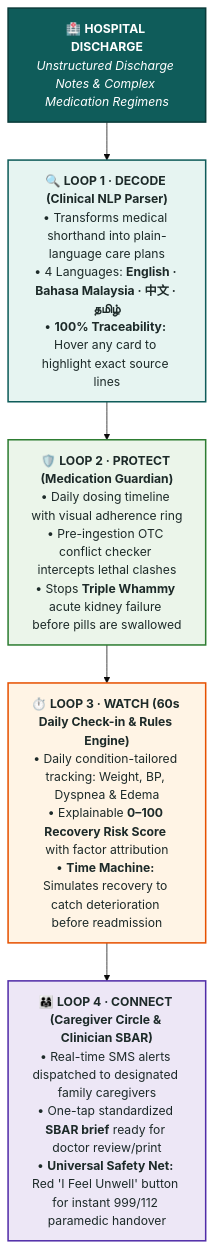
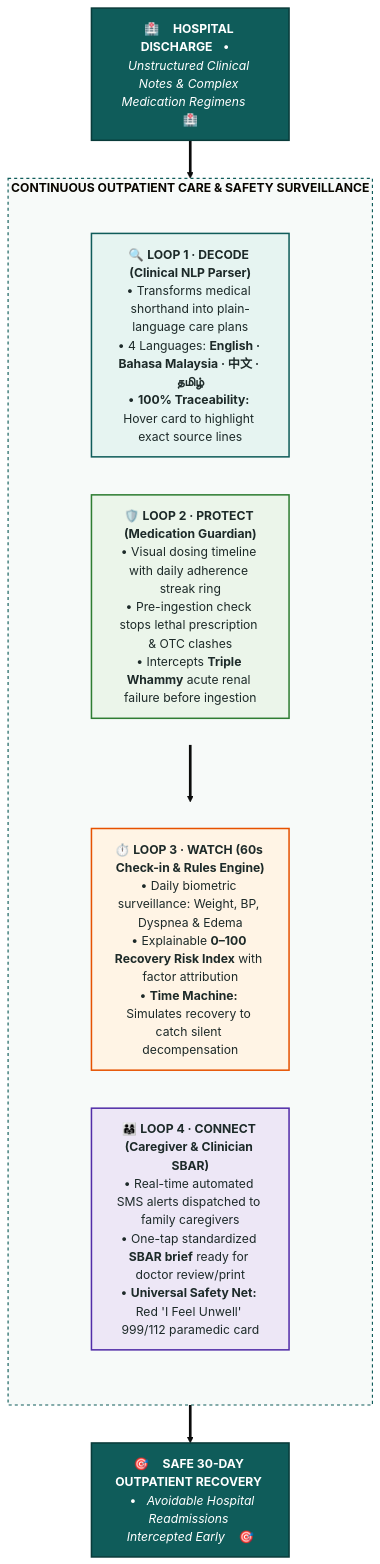
The diagram in README.md (ShaunJee/CareLoop), drawn with Mermaid (base theme) before and after one commit.

Commit message:
style: broaden Mermaid architecture diagram to full 2-column grid layout

````diff
--- a/README.md
+++ b/README.md
@@ -43,23 +43,34 @@
 ```mermaid
 flowchart TD
-    Discharge["🏥 <b>HOSPITAL DISCHARGE</b><br/><i>Unstructured Discharge Notes & Complex Medication Regimens</i>"]
+    Discharge["🏥 &nbsp;&nbsp; <b>HOSPITAL DISCHARGE</b> &nbsp;&nbsp;•&nbsp;&nbsp; <i>Unstructured Clinical Notes & Complex Medication Regimens</i> &nbsp;&nbsp; 🏥"]
 
-    L1["🔍 <b>LOOP 1 · DECODE (Clinical NLP Parser)</b><br/>• Transforms medical shorthand into plain-language care plans<br/>• 4 Languages: <b>English · Bahasa Malaysia · 中文 · தமிழ்</b><br/>• <b>100% Traceability:</b> Hover any card to highlight exact source lines"]
+    subgraph CareLoops ["<b>CONTINUOUS OUTPATIENT CARE & SAFETY SURVEILLANCE</b>"]
+        direction TB
+        subgraph Row1 [" "]
+            direction LR
+            L1["🔍 <b>LOOP 1 · DECODE (Clinical NLP Parser)</b><br/>• Transforms medical shorthand into plain-language care plans<br/>• 4 Languages: <b>English · Bahasa Malaysia · 中文 · தமிழ்</b><br/>• <b>100% Traceability:</b> Hover card to highlight exact source lines"]
+            L2["🛡️ <b>LOOP 2 · PROTECT (Medication Guardian)</b><br/>• Visual dosing timeline with daily adherence streak ring<br/>• Pre-ingestion check stops lethal prescription & OTC clashes<br/>• Intercepts <b>Triple Whammy</b> acute renal failure before ingestion"]
+        end
+        subgraph Row2 [" "]
+            direction LR
+            L3["⏱️ <b>LOOP 3 · WATCH (60s Check-in & Rules Engine)</b><br/>• Daily biometric surveillance: Weight, BP, Dyspnea & Edema<br/>• Explainable <b>0–100 Recovery Risk Index</b> with factor attribution<br/>• <b>Time Machine:</b> Simulates recovery to catch silent decompensation"]
+            L4["👨‍👩‍👧 <b>LOOP 4 · CONNECT (Caregiver & Clinician SBAR)</b><br/>• Real-time automated SMS alerts dispatched to family caregivers<br/>• One-tap standardized <b>SBAR brief</b> ready for doctor review/print<br/>• <b>Universal Safety Net:</b> Red 'I Feel Unwell' 999/112 paramedic card"]
+        end
+        Row1 ==> Row2
+    end
 
-    L2["🛡️ <b>LOOP 2 · PROTECT (Medication Guardian)</b><br/>• Daily dosing timeline with visual adherence ring<br/>• Pre-ingestion OTC conflict checker intercepts lethal clashes<br/>• Stops <b>Triple Whammy</b> acute kidney failure before pills are swallowed"]
+    Outcome["🎯 &nbsp;&nbsp; <b>SAFE 30-DAY OUTPATIENT RECOVERY</b> &nbsp;&nbsp;•&nbsp;&nbsp; <i>Avoidable Hospital Readmissions Intercepted Early</i> &nbsp;&nbsp; 🎯"]
 
-    L3["⏱️ <b>LOOP 3 · WATCH (60s Daily Check-in & Rules Engine)</b><br/>• Daily condition-tailored tracking: Weight, BP, Dyspnea & Edema<br/>• Explainable <b>0–100 Recovery Risk Score</b> with factor attribution<br/>• <b>Time Machine:</b> Simulates recovery to catch deterioration before readmission"]
-
-    L4["👨‍👩‍👧 <b>LOOP 4 · CONNECT (Caregiver Circle & Clinician SBAR)</b><br/>• Real-time SMS alerts dispatched to designated family caregivers<br/>• One-tap standardized <b>SBAR brief</b> ready for doctor review/print<br/>• <b>Universal Safety Net:</b> Red 'I Feel Unwell' button for instant 999/112 paramedic handover"]
-
-    Discharge --> L1
-    L1 --> L2
-    L2 --> L3
-    L3 --> L4
+    Discharge ==> Row1
+    Row2 ==> Outcome
 
     style Discharge fill:#0F5C5A,stroke:#093B3A,stroke-width:2px,color:#FFFFFF
+    style Outcome fill:#0F5C5A,stroke:#093B3A,stroke-width:2px,color:#FFFFFF
+    style CareLoops fill:#F7FAF9,stroke:#0F5C5A,stroke-width:1.5px,stroke-dasharray: 4 4
+    style Row1 fill:transparent,stroke:transparent
+    style Row2 fill:transparent,stroke:transparent
     style L1 fill:#E6F4F1,stroke:#0F5C5A,stroke-width:2px,color:#1D2A29
     style L2 fill:#EBF5EA,stroke:#2E7D32,stroke-width:2px,color:#1D2A29
     style L3 fill:#FFF4E5,stroke:#E65100,stroke-width:2px,color:#1D2A29
     style L4 fill:#EDE7F6,stroke:#512DA8,stroke-width:2px,color:#1D2A29
 ```
````
